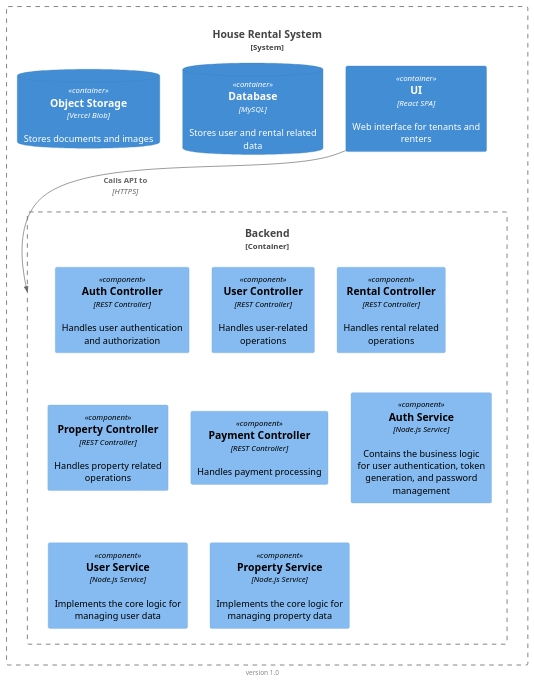
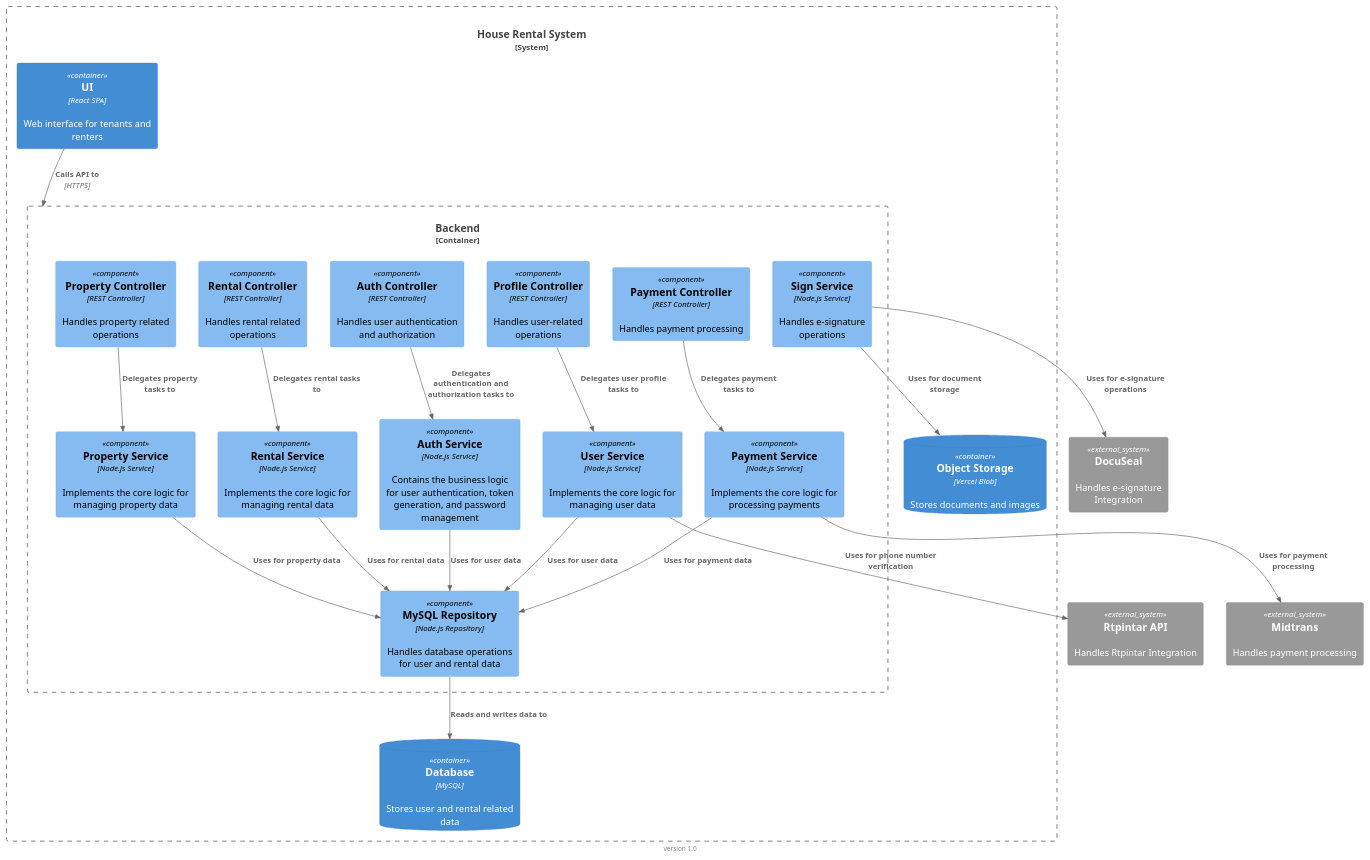
Before and after one commit to Ago-oyu/HouseRental-Diagram: the diagram in diagrams/C4/c4d-03.puml, drawn with PlantUML. The commit also changed 2 other files, not shown here.

Commit message:
add rtpintar system in C4D

```diff
--- a/diagrams/C4/c4d-03.puml
+++ b/diagrams/C4/c4d-03.puml
@@ -1,22 +1,47 @@
 @startuml "(C4D-03) Component Diagram - Backend Container"
 ' !include <C4/C4_Container>
 !include https://raw.githubusercontent.com/plantuml-stdlib/C4-PlantUML/master/C4_Component.puml
 footer "version 1.0"
 System_Boundary(houseRental, "House Rental System", "Software System") {
     Container(website, "UI", "Web interface for tenants and renters", $techn="React SPA")
     Container_Boundary(backend, "Backend") {
         Component(authController, "Auth Controller", "Handles user authentication and authorization", $techn="REST Controller")
-        Component(userController, "User Controller", "Handles user-related operations", $techn="REST Controller")
+        Component(profileController, "Profile Controller", "Handles user-related operations", $techn="REST Controller")
         Component(rentalController, "Rental Controller", "Handles rental related operations", $techn="REST Controller")
         Component(propertyController, "Property Controller", "Handles property related operations", $techn="REST Controller")
         Component(paymentController, "Payment Controller", "Handles payment processing", $techn="REST Controller")
         Component(authService, "Auth Service", "Contains the business logic for user authentication, token generation, and password management", $techn="Node.js Service")
         Component(userService, "User Service", "Implements the core logic for managing user data", $techn="Node.js Service")
         Component(propertyService, "Property Service", "Implements the core logic for managing property data", $techn="Node.js Service")
+        Component(rentalService, "Rental Service", "Implements the core logic for managing rental data", $techn="Node.js Service")
+        Component(paymentService, "Payment Service", "Implements the core logic for processing payments", $techn="Node.js Service")
+        Component(signService, "Sign Service", "Handles e-signature operations", $techn="Node.js Service")
+
+        Component(mysqlRepository, "MySQL Repository", "Handles database operations for user and rental data", $techn="Node.js Repository")
     }
     ContainerDb(database, "Database", "Stores user and rental related data", $techn="MySQL")
     ContainerDb(objectStorage, "Object Storage", "Stores documents and images", $techn="Vercel Blob")
 }
-Rel(website, backend, "Calls API to", "HTTPS")
+    System_Ext(rtpintar, "Rtpintar API", "Handles Rtpintar Integration")
+    System_Ext(docuSeal, "DocuSeal", "Handles e-signature Integration")
+    System_Ext(midtrans, "Midtrans", "Handles payment processing")
+
+Rel_D(website, backend, "Calls API to", "HTTPS")
+Rel_D(authController, authService, "Delegates authentication and authorization tasks to")
+Rel_D(profileController, userService, "Delegates user profile tasks to")
+Rel_D(rentalController, rentalService, "Delegates rental tasks to")
+Rel_D(propertyController, propertyService, "Delegates property tasks to")
+Rel_D(paymentController, paymentService, "Delegates payment tasks to")
+Rel_D(authService, mysqlRepository, "Uses for user data")
+Rel_D(userService, mysqlRepository, "Uses for user data")
+Rel_D(propertyService, mysqlRepository, "Uses for property data")
+Rel_D(rentalService, mysqlRepository, "Uses for rental data")
+Rel_D(paymentService, mysqlRepository, "Uses for payment data")
+Rel_D(signService, objectStorage, "Uses for document storage")
+Rel_D(signService, docuSeal, "Uses for e-signature operations")
+Rel_D(paymentService, midtrans, "Uses for payment processing")
+Rel(userService, rtpintar, "Uses for phone number verification")
+
+Rel_D(mysqlRepository, database, "Reads and writes data to")
 
 @enduml
```
